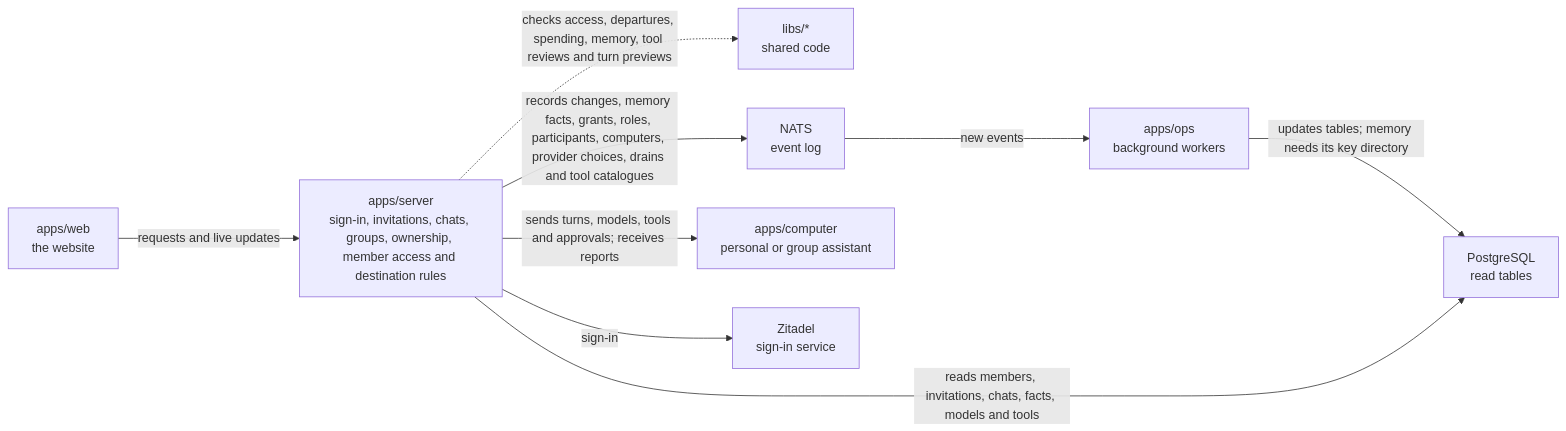
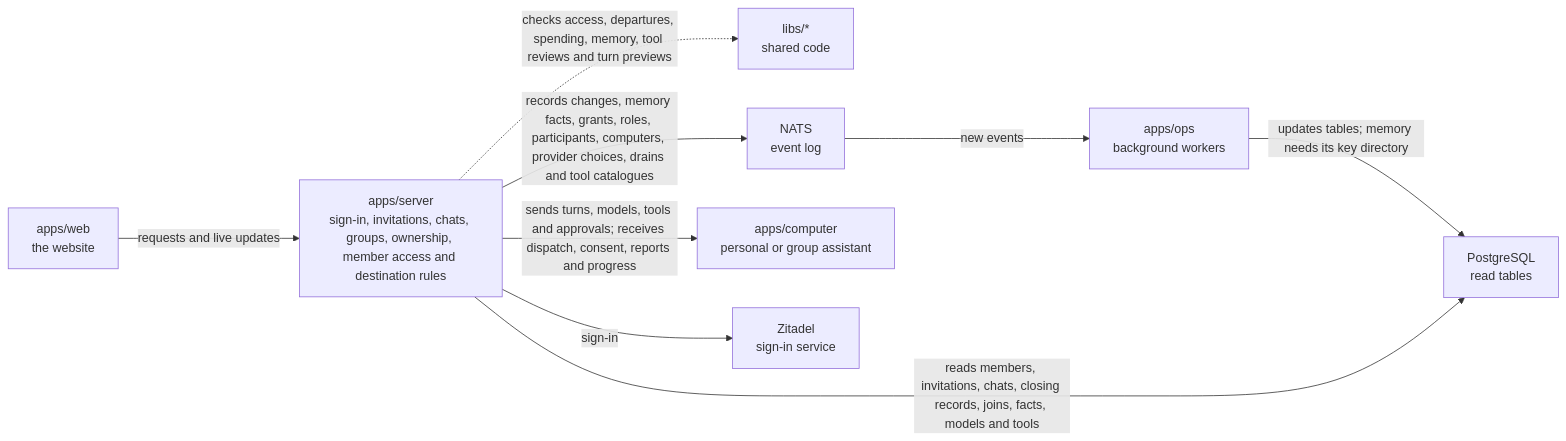
The diagram in apps/server/README.md (elewa-git/opencrane-new), drawn with Mermaid before and after one commit. The commit also changed other lines of this file and 16 other files, not shown here.

````diff
--- a/apps/server/README.md
+++ b/apps/server/README.md
@@ -11,11 +11,11 @@
 ```mermaid
 flowchart LR
   web["apps/web<br/>the website"] -->|requests and live updates| server["apps/server<br/>sign-in, invitations, chats, groups, ownership, member access and destination rules"]
   server -.->|checks access, departures, spending, memory, tool reviews and turn previews| libs["libs/*<br/>shared code"]
   server -->|records changes, memory facts, grants, roles, participants, computers, provider choices, drains and tool catalogues| nats["NATS<br/>event log"]
   nats -->|new events| ops["apps/ops<br/>background workers"]
   ops -->|updates tables; memory needs its key directory| postgres["PostgreSQL<br/>read tables"]
-  server -->|reads members, invitations, chats, facts, models and tools| postgres
-  server -->|sends turns, models, tools and approvals; receives reports| computer["apps/computer<br/>personal or group assistant"]
+  server -->|reads members, invitations, chats, closing records, joins, facts, models and tools| postgres
+  server -->|sends turns, models, tools and approvals; receives dispatch, consent, reports and progress| computer["apps/computer<br/>personal or group assistant"]
   server -->|sign-in| zitadel["Zitadel<br/>sign-in service"]
 ```
````
